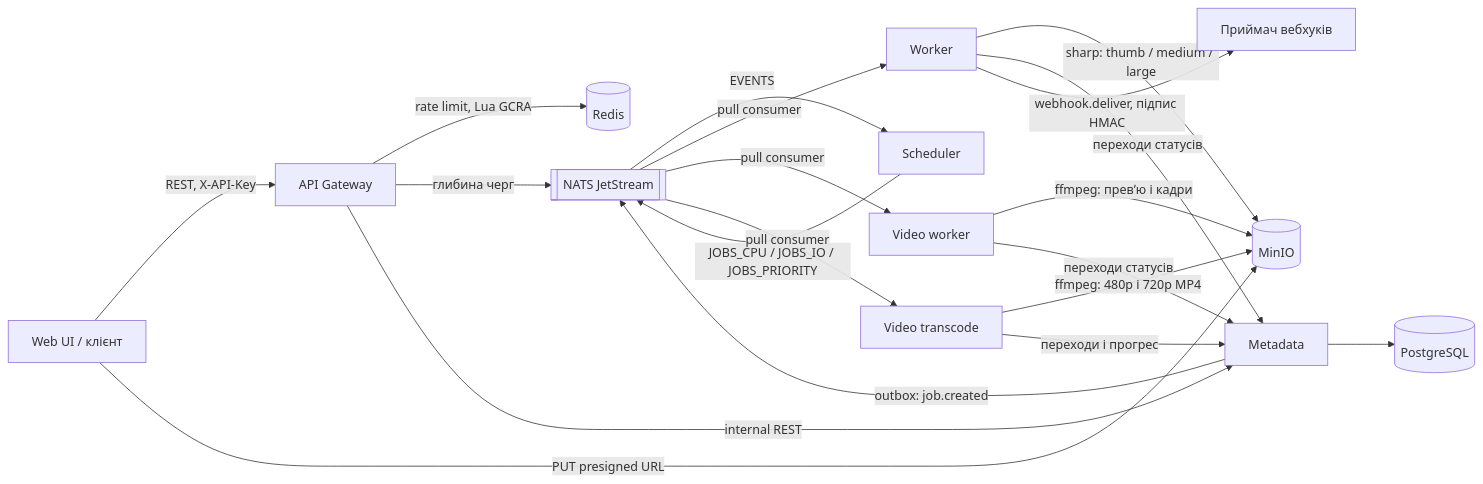
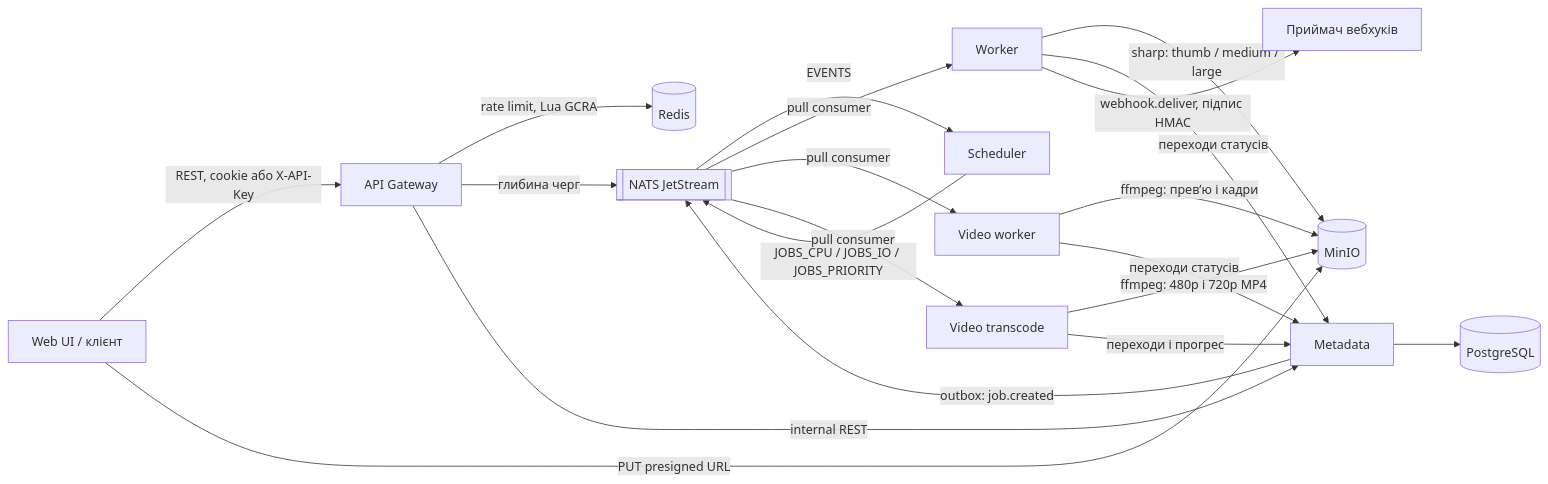
One commit to VitaliiProts/pdp-media-pipeline changed the diagram in README.md. Above: the diagram before and after it, drawn with Mermaid. The commit also changed other lines of this file and 51 other files, not shown here.

First line of the commit message:
feat(stage-5c.1): user accounts, cookie sessions and API key management

````diff
--- a/README.md
+++ b/README.md
@@ -14,22 +14,22 @@
 ```mermaid
 flowchart LR
-  Browser[Web UI / клієнт] -->|REST, X-API-Key| GW[API Gateway]
+  Browser[Web UI / клієнт] -->|REST, cookie або X-API-Key| GW[API Gateway]
   Browser -->|PUT presigned URL| S3[(MinIO)]
   GW -->|rate limit, Lua GCRA| Redis[(Redis)]
   GW -->|глибина черг| NATS
   GW -->|internal REST| META[Metadata]
   META --> PG[(PostgreSQL)]
   META -->|outbox: job.created| NATS[[NATS JetStream]]
   NATS -->|EVENTS| SCH[Scheduler]
   SCH -->|JOBS_CPU / JOBS_IO / JOBS_PRIORITY| NATS
   NATS -->|pull consumer| W[Worker]
   NATS -->|pull consumer| VW[Video worker]
   NATS -->|pull consumer| VT[Video transcode]
   W -->|sharp: thumb / medium / large| S3
   VW -->|ffmpeg: превʼю і кадри| S3
   VT -->|ffmpeg: 480p і 720p MP4| S3
   W -->|переходи статусів| META
   VW -->|переходи статусів| META
   VT -->|переходи і прогрес| META
   W -->|webhook.deliver, підпис HMAC| RCV[Приймач вебхуків]
 ```
````
